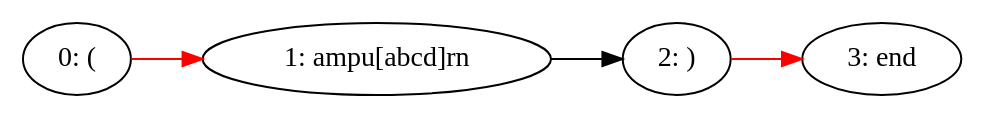
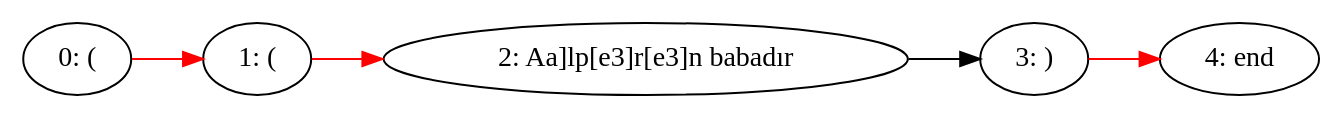
One commit to SalihErenYzb/Regex-Engine changed the diagram in grapht.dot. Above: the diagram before and after it, drawn with Graphviz. The commit also changed 4 other files, not shown here.

```diff
--- a/grapht.dot
+++ b/grapht.dot
@@ -1,10 +1,12 @@
 digraph {
 	rankdir=LR
 	0 [label="0: ("];
-	1 [label="1: ampu[abcd]rn"];
-	2 [label="2: )"];
-	3 [label="3: end"];
+	1 [label="1: ("];
+	2 [label="2: Aa]lp[e3]r[e3]n babadır"];
+	3 [label="3: )"];
+	4 [label="4: end"];
 	0 -> 1 [color=red];
-	1 -> 2 [color=black];
-	2 -> 3 [color=red];
+	1 -> 2 [color=red];
+	2 -> 3 [color=black];
+	3 -> 4 [color=red];
 }
```
